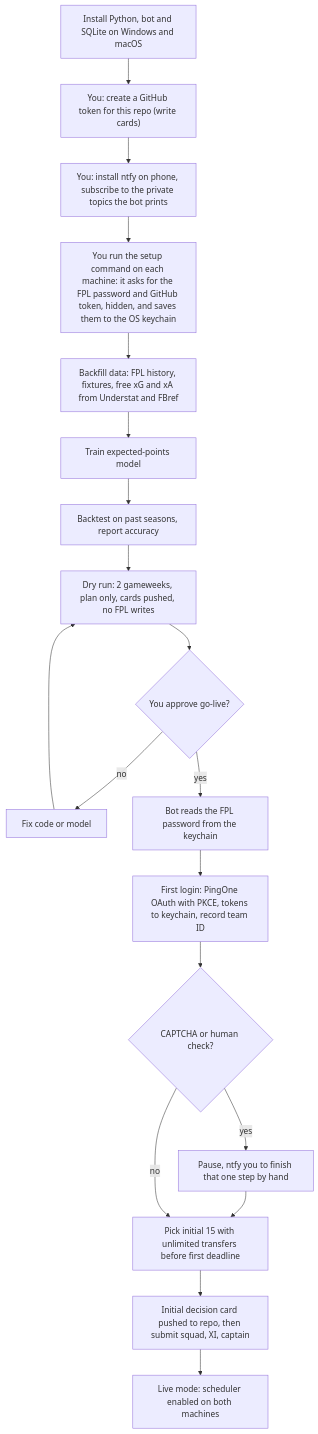
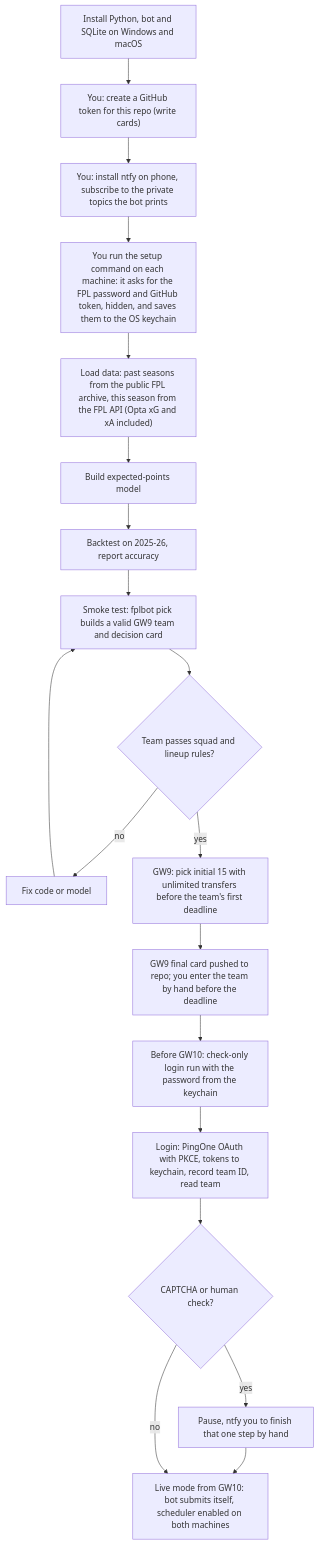
One commit to GolugulaVishnu/FPL_bot changed the second of 10 diagrams in docs/system-flow.md. Above: the diagram before and after it, drawn with Mermaid. The commit also changed other lines of this file and 11 other files, not shown here.

First line of the commit message:
Play from GW9: squad optimiser, chip check, decision cards; drop dry run

````diff
--- a/docs/system-flow.md
+++ b/docs/system-flow.md
@@ -39,20 +41,20 @@
 ```mermaid
 flowchart TD
   A["Install Python, bot and SQLite on Windows and macOS"] --> B["You: create a GitHub token for this repo (write cards)"]
   B --> C["You: install ntfy on phone, subscribe to the private topics the bot prints"]
   C --> D["You run the setup command on each machine: it asks for the FPL password and GitHub token, hidden, and saves them to the OS keychain"]
-  D --> E["Backfill data: FPL history, fixtures, free xG and xA from Understat and FBref"]
-  E --> F["Train expected-points model"]
-  F --> G["Backtest on past seasons, report accuracy"]
-  G --> H["Dry run: 2 gameweeks, plan only, cards pushed, no FPL writes"]
-  H --> I{"You approve go-live?"}
-  I -- no --> J["Fix code or model"] --> H
-  I -- yes --> K["Bot reads the FPL password from the keychain"]
-  K --> P["First login: PingOne OAuth with PKCE, tokens to keychain, record team ID"]
+  D --> E["Load data: past seasons from the public FPL archive, this season from the FPL API (Opta xG and xA included)"]
+  E --> F["Build expected-points model"]
+  F --> G["Backtest on 2025-26, report accuracy"]
+  G --> H["Smoke test: fplbot pick builds a valid GW9 team and decision card"]
+  H --> V{"Team passes squad and lineup rules?"}
+  V -- no --> J["Fix code or model"] --> H
+  V -- yes --> Q["GW9: pick initial 15 with unlimited transfers before the team's first deadline"]
+  Q --> R["GW9 final card pushed to repo; you enter the team by hand before the deadline"]
+  R --> K["Before GW10: check-only login run with the password from the keychain"]
+  K --> P["Login: PingOne OAuth with PKCE, tokens to keychain, record team ID, read team"]
   P --> M{"CAPTCHA or human check?"}
-  M -- yes --> N["Pause, ntfy you to finish that one step by hand"] --> Q
-  M -- no --> Q
-  Q["Pick initial 15 with unlimited transfers before first deadline"]
-  Q --> R["Initial decision card pushed to repo, then submit squad, XI, captain"]
-  R --> S["Live mode: scheduler enabled on both machines"]
+  M -- yes --> N["Pause, ntfy you to finish that one step by hand"] --> S
+  M -- no --> S
+  S["Live mode from GW10: bot submits itself, scheduler enabled on both machines"]
 ```
````
